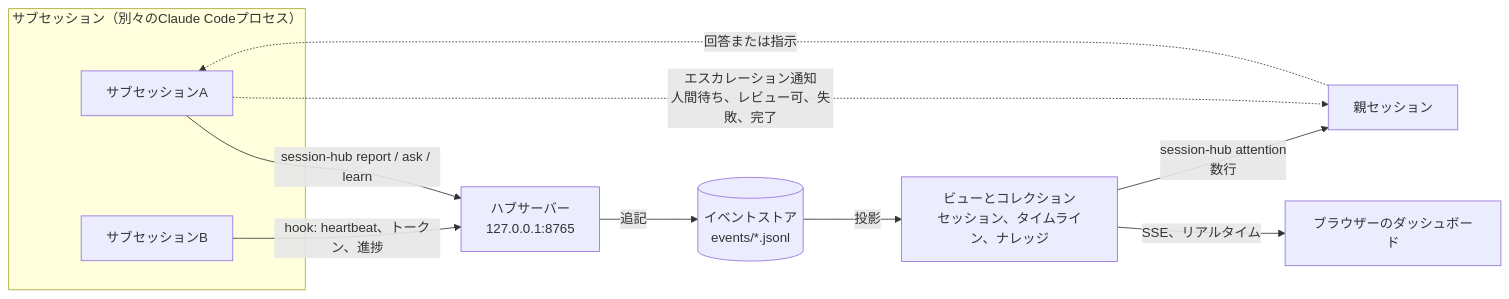
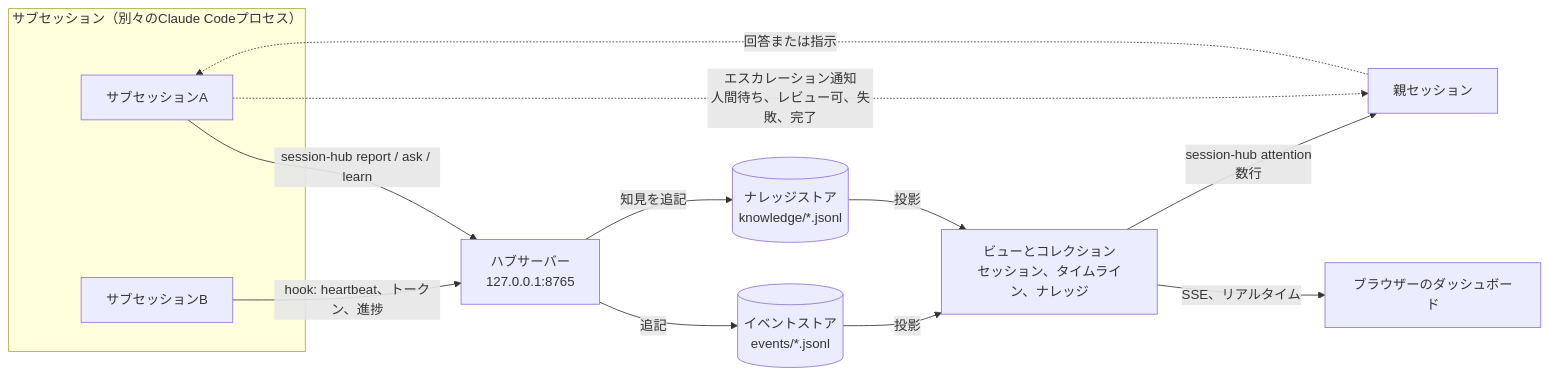
One commit to 0x0c/claude-code-session-hub changed the diagram in README.ja.md. Above: the diagram before and after it, drawn with Mermaid. The commit also changed other lines of this file and 6 other files, not shown here.

````diff
--- a/README.ja.md
+++ b/README.ja.md
@@ -24,15 +24,17 @@
 ```mermaid
 flowchart LR
   subgraph S["サブセッション（別々のClaude Codeプロセス）"]
     A["サブセッションA"]
     B["サブセッションB"]
   end
   A -- "session-hub report / ask / learn" --> H
   B -- "hook: heartbeat、トークン、進捗" --> H
   H["ハブサーバー<br/>127.0.0.1:8765"] -- "追記" --> ST[("イベントストア<br/>events/*.jsonl")]
+  H -- "知見を追記" --> KS[("ナレッジストア<br/>knowledge/*.jsonl")]
   ST -- "投影" --> V["ビューとコレクション<br/>セッション、タイムライン、ナレッジ"]
+  KS -- "投影" --> V
   V -- "SSE、リアルタイム" --> D["ブラウザーのダッシュボード"]
   V -- "session-hub attention<br/>数行" --> P["親セッション"]
   A -. "エスカレーション通知<br/>人間待ち、レビュー可、失敗、完了" .-> P
   P -. "回答または指示" .-> A
 ```
````
